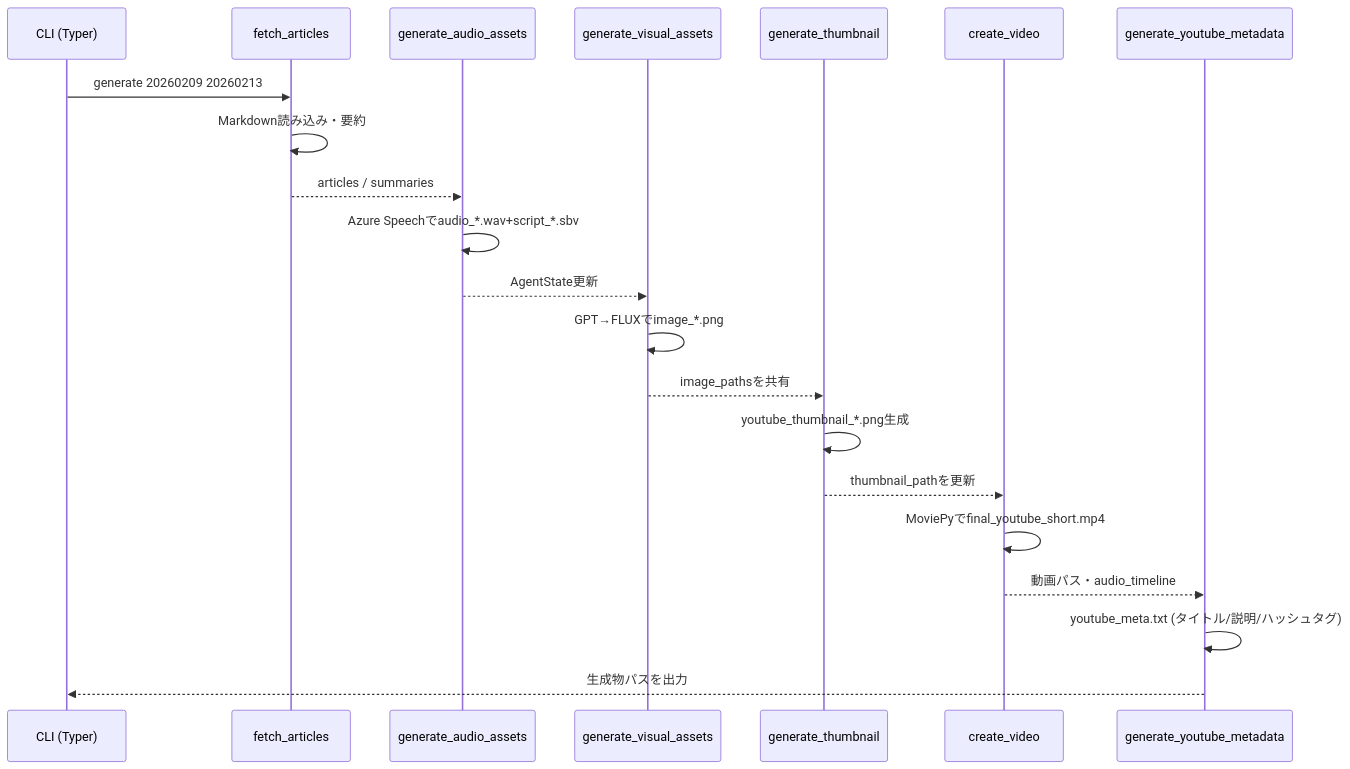
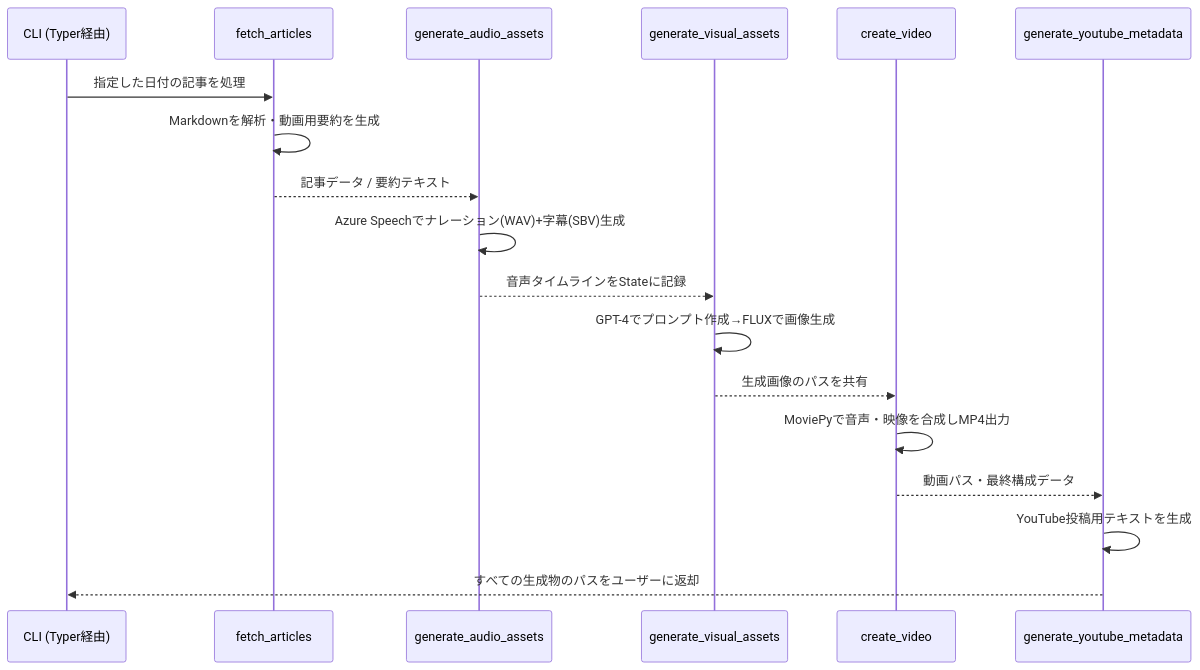
Before and after one commit to Ken-kichi/news-article: the second of 3 diagrams in article.md, drawn with Mermaid. The commit also changed other lines of this file and 3 other files, not shown here.

````diff
--- a/article.md
+++ b/article.md
@@ -112,24 +125,22 @@
 ```mermaid
 sequenceDiagram
-    participant CLI as CLI (Typer)
+    participant CLI as CLI (Typer経由)
     participant Fetch as fetch_articles
     participant Audio as generate_audio_assets
     participant Visual as generate_visual_assets
-    participant Thumb as generate_thumbnail
     participant Video as create_video
     participant Meta as generate_youtube_metadata
 
-    CLI->>Fetch: generate 20260209 20260213
-    Fetch->>Fetch: Markdown読み込み・要約
-    Fetch-->>Audio: articles / summaries
-    Audio->>Audio: Azure Speechでaudio_*.wav+script_*.sbv
-    Audio-->>Visual: AgentState更新
-    Visual->>Visual: GPT→FLUXでimage_*.png
-    Visual-->>Thumb: image_pathsを共有
-    Thumb->>Thumb: youtube_thumbnail_*.png生成
-    Thumb-->>Video: thumbnail_pathを更新
-    Video->>Video: MoviePyでfinal_youtube_short.mp4
-    Video-->>Meta: 動画パス・audio_timeline
-    Meta->>Meta: youtube_meta.txt (タイトル/説明/ハッシュタグ)
-    Meta-->>CLI: 生成物パスを出力
+    CLI->>Fetch: 指定した日付の記事を処理
+    Fetch->>Fetch: Markdownを解析・動画用要約を生成
+    Fetch-->>Audio: 記事データ / 要約テキスト
+    Audio->>Audio: Azure Speechでナレーション(WAV)+字幕(SBV)生成
+    Audio-->>Visual: 音声タイムラインをStateに記録
+    Visual->>Visual: GPT-4でプロンプト作成→FLUXで画像生成
+    Visual-->>Video: 生成画像のパスを共有
+    Video->>Video: MoviePyで音声・映像を合成しMP4出力
+    Video-->>Meta: 動画パス・最終構成データ
+    Meta->>Meta: YouTube投稿用テキストを生成
+    Meta-->>CLI: すべての生成物のパスをユーザーに返却
+
 ```
````
